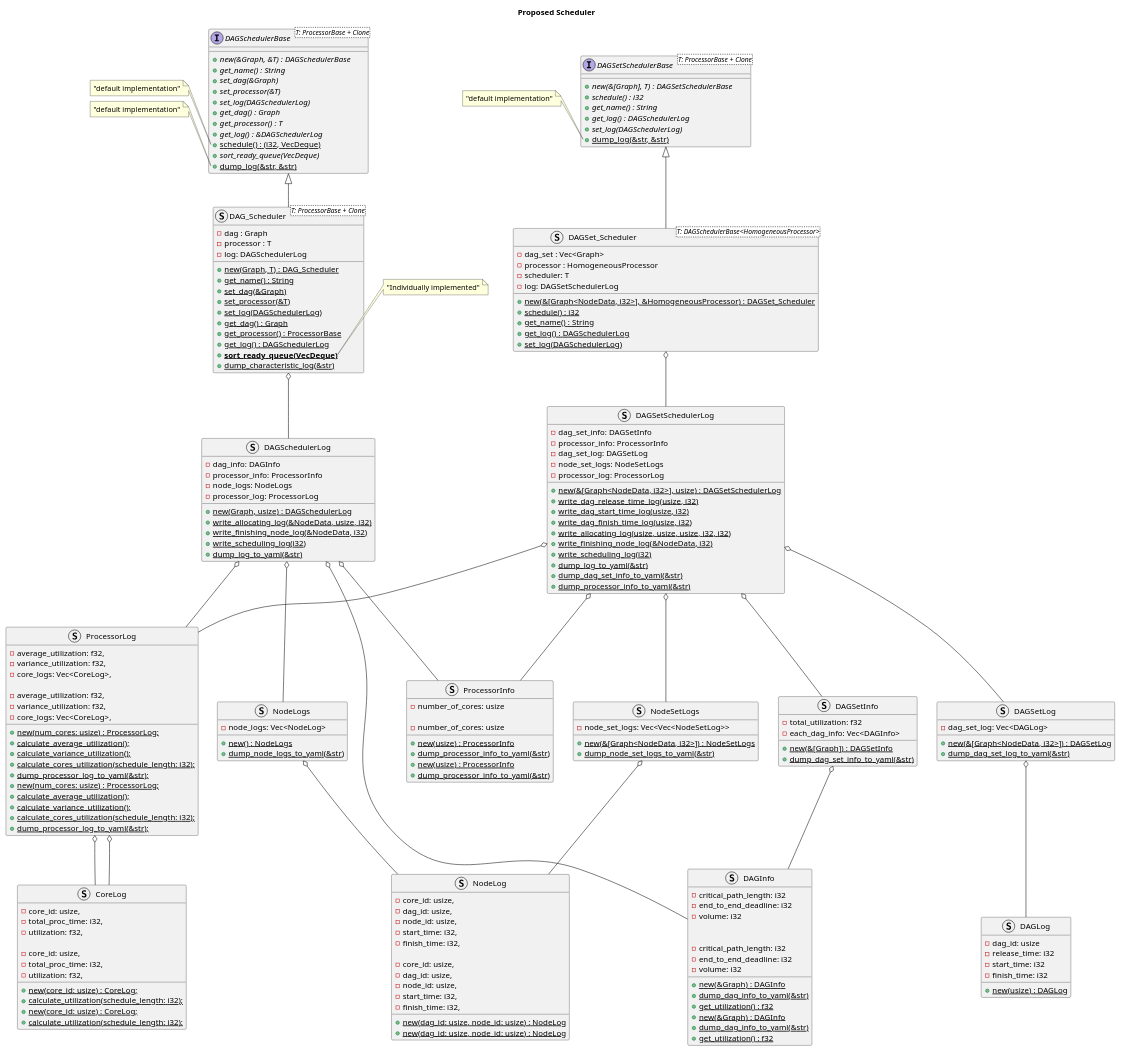
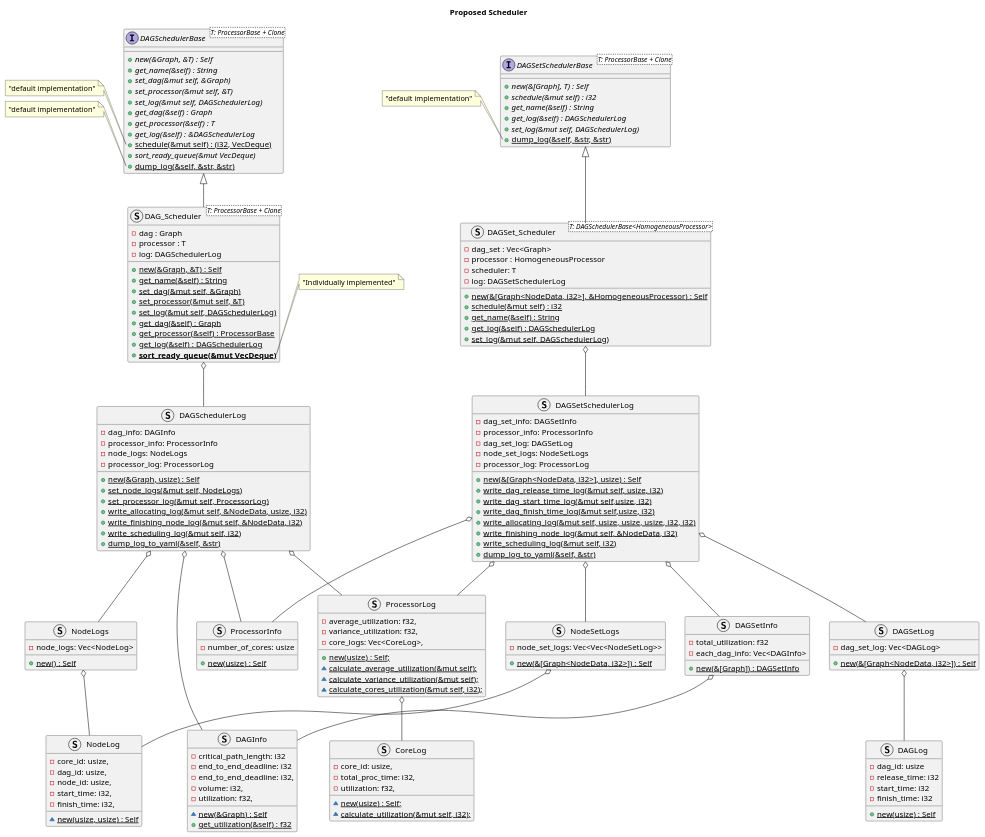
One commit to emb4-team/sched_sim_rust changed the diagram in UML/overall.pu. Above: the diagram before and after it, drawn with PlantUML. The commit also changed 2 other files, not shown here.

```diff
--- a/UML/overall.pu
+++ b/UML/overall.pu
@@ -2,17 +2,17 @@
 title Proposed Scheduler
 
     interface DAGSchedulerBase<T: ProcessorBase + Clone> {
-        + {abstract} new(&Graph, &T) : DAGSchedulerBase
-        + {abstract} get_name() : String
-        + {abstract} set_dag(&Graph)
-        + {abstract} set_processor(&T)
-        + {abstract} set_log(DAGSchedulerLog)
-        + {abstract} get_dag() : Graph
-        + {abstract} get_processor() : T
-        + {abstract} get_log() : &DAGSchedulerLog
-        + {static} schedule() : (i32, VecDeque)
-        + {abstract} sort_ready_queue(VecDeque)
-        + {static} dump_log(&str, &str)
+        + {abstract} new(&Graph, &T) : Self
+        + {abstract} get_name(&self) : String
+        + {abstract} set_dag(&mut self, &Graph)
+        + {abstract} set_processor(&mut self, &T)
+        + {abstract} set_log(&mut self, DAGSchedulerLog)
+        + {abstract} get_dag(&self) : Graph
+        + {abstract} get_processor(&self) : T
+        + {abstract} get_log(&self) : &DAGSchedulerLog
+        + {static} schedule(&mut self) : (i32, VecDeque)
+        + {abstract} sort_ready_queue(&mut VecDeque)
+        + {static} dump_log(&self, &str, &str)
     }
 
     note left of DAGSchedulerBase::schedule
@@ -23,62 +23,100 @@
     "default implementation"
     end note
 
+    interface DAGSetSchedulerBase<T: ProcessorBase + Clone> {
+        + {abstract} new(&[Graph], T) : Self
+        + {abstract} schedule(&mut self) : i32
+        + {abstract} get_name(&self) : String
+        + {abstract} get_log(&self) : DAGSchedulerLog
+        + {abstract} set_log(&mut self, DAGSchedulerLog)
+        + {static} dump_log(&self, &str, &str)
+    }
+
+    note left of DAGSetSchedulerBase::dump_log
+    "default implementation"
+    end note
+
+    struct DAG_Scheduler<T: ProcessorBase + Clone> {
+        - dag : Graph
+        - processor : T
+        - log: DAGSchedulerLog
+        + {static} new(&Graph, &T) : Self
+        + {static} get_name(&self) : String
+        + {static} set_dag(&mut self, &Graph)
+        + {static} set_processor(&mut self, &T)
+        + {static} set_log(&mut self, DAGSchedulerLog)
+        + {static} get_dag(&self) : Graph
+        + {static} get_processor(&self) : ProcessorBase
+        + {static} get_log(&self) : DAGSchedulerLog
+        + **{static} sort_ready_queue(&mut VecDeque)**
+    }
+
+    note right of DAG_Scheduler::sort_ready_queue
+    "Individually implemented"
+    end note
+
+    struct DAGSet_Scheduler<T: DAGSchedulerBase<HomogeneousProcessor>> {
+        - dag_set : Vec<Graph>
+        - processor : HomogeneousProcessor
+        - scheduler: T
+        - log: DAGSetSchedulerLog
+        + {static} new(&[Graph<NodeData, i32>], &HomogeneousProcessor) : Self
+        + {static} schedule(&mut self) : i32
+        + {static} get_name(&self) : String
+        + {static} get_log(&self) : DAGSchedulerLog
+        + {static} set_log(&mut self, DAGSchedulerLog)
+    }
+
+    struct DAGSetInfo {
+        - total_utilization: f32
+        - each_dag_info: Vec<DAGInfo>
+
+        + {static} new(&[Graph]) : DAGSetInfo
+    }
+
     struct DAGInfo {
         - critical_path_length: i32
         - end_to_end_deadline: i32
-        - volume: i32
+        - end_to_end_deadline: i32,
+        - volume: i32,
+        - utilization: f32,
 
-        + {static} new(&Graph) : DAGInfo
-        + {static} dump_dag_info_to_yaml(&str)
-        + {static} get_utilization() : f32
+        ~ {static} new(&Graph) : Self
+        + {static} get_utilization(&self) : f32
 
     }
 
     struct ProcessorInfo {
         - number_of_cores: usize
 
-        + {static} new(usize) : ProcessorInfo
-        + {static} dump_processor_info_to_yaml(&str)
+        + {static} new(usize) : Self
     }
 
-    struct DAGSchedulerLog {
-        - dag_info: DAGInfo
-        - processor_info: ProcessorInfo
-        - node_logs: NodeLogs
-        - processor_log: ProcessorLog
+    struct DAGSetLog {
+        - dag_set_log: Vec<DAGLog>
 
-        + {static} new(Graph, usize) : DAGSchedulerLog
-        + {static} write_allocating_log(&NodeData, usize, i32)
-        + {static} write_finishing_node_log(&NodeData, i32)
-        + {static} write_scheduling_log(i32)
-        + {static} dump_log_to_yaml(&str)
+        + {static} new(&[Graph<NodeData, i32>]) : Self
     }
 
-    struct DAG_Scheduler<T: ProcessorBase + Clone> {
-        - dag : Graph
-        - processor : T
-        - log: DAGSchedulerLog
-        + {static} new(Graph, T) : DAG_Scheduler
-        + {static} get_name() : String
-        + {static} set_dag(&Graph)
-        + {static} set_processor(&T)
-        + {static} set_log(DAGSchedulerLog)
-        + {static} get_dag() : Graph
-        + {static} get_processor() : ProcessorBase
-        + {static} get_log() : DAGSchedulerLog
-        + **{static} sort_ready_queue(VecDeque)**
-        + {static} dump_characteristic_log(&str)
+    struct DAGLog {
+        - dag_id: usize
+        - release_time: i32
+        - start_time: i32
+        - finish_time: i32
+
+        + {static} new(usize) : Self
     }
 
-    note right of DAG_Scheduler::sort_ready_queue
-    "Individually implemented"
-    end note
+    struct NodeSetLogs {
+        - node_set_logs: Vec<Vec<NodeSetLog>>
+
+        + {static} new(&[Graph<NodeData, i32>]) : Self
+    }
 
     struct NodeLogs {
         - node_logs: Vec<NodeLog>
 
-        + {static} new() : NodeLogs
-        + {static} dump_node_logs_to_yaml(&str)
+        + {static} new() : Self
     }
     
     struct NodeLog {
@@ -88,7 +126,7 @@
         - start_time: i32,
         - finish_time: i32,
 
-        + {static} new(dag_id: usize, node_id: usize) : NodeLog
+        ~ {static} new(usize, usize) : Self
     }
 
     struct ProcessorLog {
@@ -96,11 +134,10 @@
         - variance_utilization: f32,
         - core_logs: Vec<CoreLog>,
 
-        + {static} new(num_cores: usize) : ProcessorLog;
-        + {static} calculate_average_utilization();
-        + {static} calculate_variance_utilization();
-        + {static} calculate_cores_utilization(schedule_length: i32);
-        + {static} dump_processor_log_to_yaml(&str);
+        + {static} new(usize) : Self;
+        ~ {static} calculate_average_utilization(&mut self);
+        ~ {static} calculate_variance_utilization(&mut self);
+        ~ {static} calculate_cores_utilization(&mut self, i32);
     }
 
     struct CoreLog {
@@ -108,58 +145,23 @@
         - total_proc_time: i32,
         - utilization: f32,
 
-        + {static} new(core_id: usize) : CoreLog;
-        + {static} calculate_utilization(schedule_length: i32);
+        ~ {static} new(usize) : Self;
+        ~ {static} calculate_utilization(&mut self, i32);
     }  
 
-    DAGSchedulerBase <|-down- DAG_Scheduler
+    struct DAGSchedulerLog {
+        - dag_info: DAGInfo
+        - processor_info: ProcessorInfo
+        - node_logs: NodeLogs
+        - processor_log: ProcessorLog
 
-    DAGSchedulerLog o-down- DAGInfo
-    DAGSchedulerLog o-down- ProcessorInfo
-
-    DAG_Scheduler o-down- DAGSchedulerLog
-    DAGSchedulerLog o-down- NodeLogs
-    NodeLogs o-down- NodeLog
-    DAGSchedulerLog o-down- ProcessorLog
-    ProcessorLog o-down- CoreLog
-
-    interface DAGSetSchedulerBase<T: ProcessorBase + Clone> {
-        + {abstract} new(&[Graph], T) : DAGSetSchedulerBase
-        + {abstract} schedule() : i32
-        + {abstract} get_name() : String
-        + {abstract} get_log() : DAGSchedulerLog
-        + {abstract} set_log(DAGSchedulerLog)
-        + {static} dump_log(&str, &str)
-    }
-
-    note left of DAGSetSchedulerBase::dump_log
-    "default implementation"
-    end note
-
-    struct DAGSetInfo {
-        - total_utilization: f32
-        - each_dag_info: Vec<DAGInfo>
-
-        + {static} new(&[Graph]) : DAGSetInfo
-        + {static} dump_dag_set_info_to_yaml(&str)
-    }
-
-    struct DAGInfo {
-        - critical_path_length: i32
-        - end_to_end_deadline: i32
-        - volume: i32
-
-        + {static} new(&Graph) : DAGInfo
-        + {static} dump_dag_info_to_yaml(&str)
-        + {static} get_utilization() : f32
-
-    }
-
-    struct ProcessorInfo {
-        - number_of_cores: usize
-
-        + {static} new(usize) : ProcessorInfo
-        + {static} dump_processor_info_to_yaml(&str)
+        + {static} new(&Graph, usize) : Self
+        + {static} set_node_logs(&mut self, NodeLogs)
+        + {static} set_processor_log(&mut self, ProcessorLog)
+        + {static} write_allocating_log(&mut self, &NodeData, usize, i32)
+        + {static} write_finishing_node_log(&mut self, &NodeData, i32)
+        + {static} write_scheduling_log(&mut self, i32)
+        + {static} dump_log_to_yaml(&self, &str)
     }
 
     struct DAGSetSchedulerLog {
@@ -169,85 +171,25 @@
         - node_set_logs: NodeSetLogs
         - processor_log: ProcessorLog
 
-        + {static} new(&[Graph<NodeData, i32>], usize) : DAGSetSchedulerLog
-        + {static} write_dag_release_time_log(usize, i32)
-        + {static} write_dag_start_time_log(usize, i32)
-        + {static} write_dag_finish_time_log(usize, i32)
-        + {static} write_allocating_log(usize, usize, usize, i32, i32)
-        + {static} write_finishing_node_log(&NodeData, i32)
-        + {static} write_scheduling_log(i32)
-        + {static} dump_log_to_yaml(&str)
-        + {static} dump_dag_set_info_to_yaml(&str)
-        + {static} dump_processor_info_to_yaml(&str)
+        + {static} new(&[Graph<NodeData, i32>], usize) : Self
+        + {static} write_dag_release_time_log(&mut self, usize, i32)
+        + {static} write_dag_start_time_log(&mut self,usize, i32)
+        + {static} write_dag_finish_time_log(&mut self,usize, i32)
+        + {static} write_allocating_log(&mut self, usize, usize, usize, i32, i32)
+        + {static} write_finishing_node_log(&mut self, &NodeData, i32)
+        + {static} write_scheduling_log(&mut self, i32)
+        + {static} dump_log_to_yaml(&self, &str)
     }
 
-    struct DAGSet_Scheduler<T: DAGSchedulerBase<HomogeneousProcessor>> {
-        - dag_set : Vec<Graph>
-        - processor : HomogeneousProcessor
-        - scheduler: T
-        - log: DAGSetSchedulerLog
-        + {static} new(&[Graph<NodeData, i32>], &HomogeneousProcessor) : DAGSet_Scheduler
-        + {static} schedule() : i32
-        + {static} get_name() : String
-        + {static} get_log() : DAGSchedulerLog
-        + {static} set_log(DAGSchedulerLog)
-    }
+    DAGSchedulerBase <|-down- DAG_Scheduler
+    DAGSetSchedulerBase <|-down- DAGSet_Scheduler
 
-    struct DAGSetLog {
-        - dag_set_log: Vec<DAGLog>
+    DAG_Scheduler o-down- DAGSchedulerLog
 
-        + {static} new(&[Graph<NodeData, i32>]) : DAGSetLog
-        + {static} dump_dag_set_log_to_yaml(&str)
-    }
-
-    struct DAGLog {
-        - dag_id: usize
-        - release_time: i32
-        - start_time: i32
-        - finish_time: i32
-
-        + {static} new(usize) : DAGLog
-    }
-
-    struct NodeSetLogs {
-        - node_set_logs: Vec<Vec<NodeSetLog>>
-
-        + {static} new(&[Graph<NodeData, i32>]) : NodeSetLogs
-        + {static} dump_node_set_logs_to_yaml(&str)
-    }
-    
-    struct NodeLog {
-        - core_id: usize,
-        - dag_id: usize,
-        - node_id: usize,
-        - start_time: i32,
-        - finish_time: i32,
-
-        + {static} new(dag_id: usize, node_id: usize) : NodeLog
-    }
-
-    struct ProcessorLog {
-        - average_utilization: f32,
-        - variance_utilization: f32,
-        - core_logs: Vec<CoreLog>,
-
-        + {static} new(num_cores: usize) : ProcessorLog;
-        + {static} calculate_average_utilization();
-        + {static} calculate_variance_utilization();
-        + {static} calculate_cores_utilization(schedule_length: i32);
-        + {static} dump_processor_log_to_yaml(&str);
-    }
-
-    struct CoreLog {
-        - core_id: usize,
-        - total_proc_time: i32,
-        - utilization: f32,
-
-        + {static} new(core_id: usize) : CoreLog;
-        + {static} calculate_utilization(schedule_length: i32);
-    }  
-
-    DAGSetSchedulerBase <|-down- DAGSet_Scheduler
+    DAGSchedulerLog o-down- DAGInfo
+    DAGSchedulerLog o-down- ProcessorInfo
+    DAGSchedulerLog o-down- NodeLogs
+    DAGSchedulerLog o-down- ProcessorLog
 
     DAGSet_Scheduler o-down- DAGSetSchedulerLog
 
@@ -257,9 +199,11 @@
     DAGSetSchedulerLog o-down- NodeSetLogs
     DAGSetSchedulerLog o-down- ProcessorLog
     
+
     DAGSetInfo o-down- DAGInfo
     DAGSetLog o-down- DAGLog
     NodeSetLogs o-down- NodeLog
+    NodeLogs o-down- NodeLog
     ProcessorLog o-down- CoreLog
 
 @enduml
```
